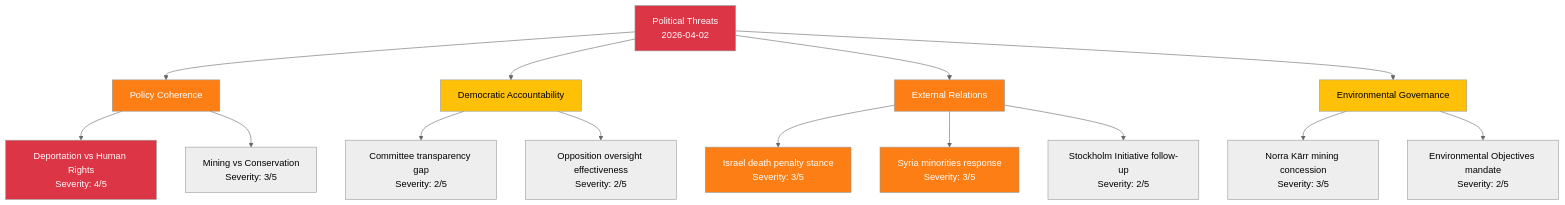
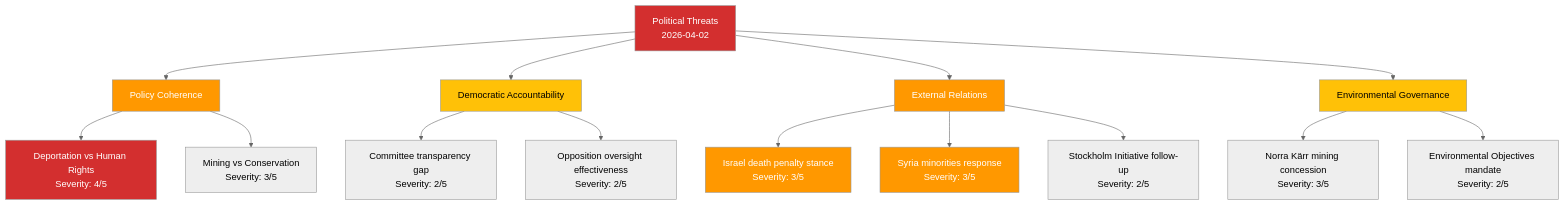
One commit to Hack23/riksdagsmonitor changed the diagram in analysis/daily/2026-04-02/threat-analysis.md. Above: the diagram before and after it, drawn with Mermaid (neutral theme). The commit also changed 785 other files, not shown here.

First line of the commit message:
Normalize mermaid colors across 786 analysis artifacts to ISMS Style Guide palette

````diff
--- a/analysis/daily/2026-04-02/threat-analysis.md
+++ b/analysis/daily/2026-04-02/threat-analysis.md
@@ -13,29 +13,29 @@
 ```mermaid
 graph TD
     ROOT["Political Threats<br/>2026-04-02"] --> POL["Policy Coherence"]
     ROOT --> DEM["Democratic Accountability"]
     ROOT --> EXT["External Relations"]
     ROOT --> ENV["Environmental Governance"]
 
     POL --> POL1["Deportation vs Human Rights<br/>Severity: 4/5"]
     POL --> POL2["Mining vs Conservation<br/>Severity: 3/5"]
 
     DEM --> DEM1["Committee transparency gap<br/>Severity: 2/5"]
     DEM --> DEM2["Opposition oversight effectiveness<br/>Severity: 2/5"]
 
     EXT --> EXT1["Israel death penalty stance<br/>Severity: 3/5"]
     EXT --> EXT2["Syria minorities response<br/>Severity: 3/5"]
     EXT --> EXT3["Stockholm Initiative follow-up<br/>Severity: 2/5"]
 
     ENV --> ENV1["Norra Kärr mining concession<br/>Severity: 3/5"]
     ENV --> ENV2["Environmental Objectives mandate<br/>Severity: 2/5"]
 
-    style ROOT fill:#dc3545,color:#fff
-    style POL fill:#fd7e14,color:#fff
-    style DEM fill:#ffc107,color:#000
-    style EXT fill:#fd7e14,color:#fff
-    style ENV fill:#ffc107,color:#000
-    style POL1 fill:#dc3545,color:#fff
-    style EXT1 fill:#fd7e14,color:#fff
-    style EXT2 fill:#fd7e14,color:#fff
+    style ROOT fill:#D32F2F,color:#FFFFFF
+    style POL fill:#FF9800,color:#FFFFFF
+    style DEM fill:#FFC107,color:#000000
+    style EXT fill:#FF9800,color:#FFFFFF
+    style ENV fill:#FFC107,color:#000000
+    style POL1 fill:#D32F2F,color:#FFFFFF
+    style EXT1 fill:#FF9800,color:#FFFFFF
+    style EXT2 fill:#FF9800,color:#FFFFFF
 ```
````
